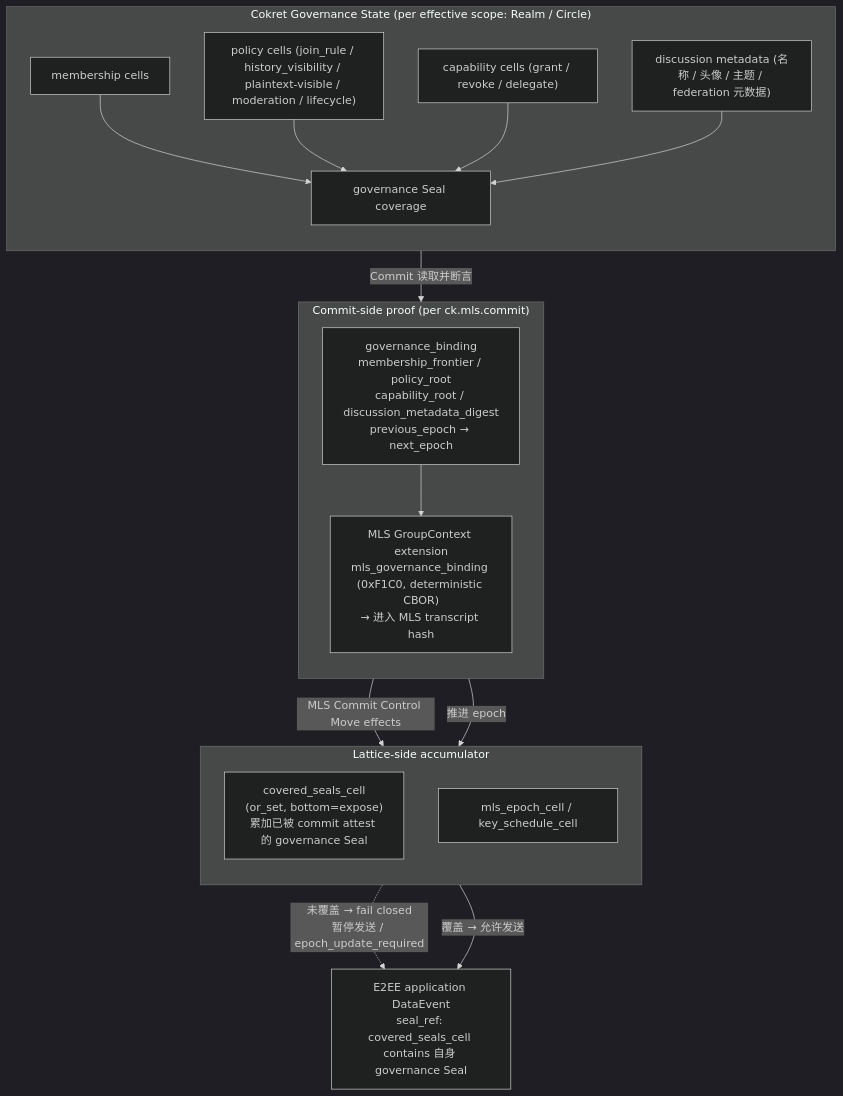
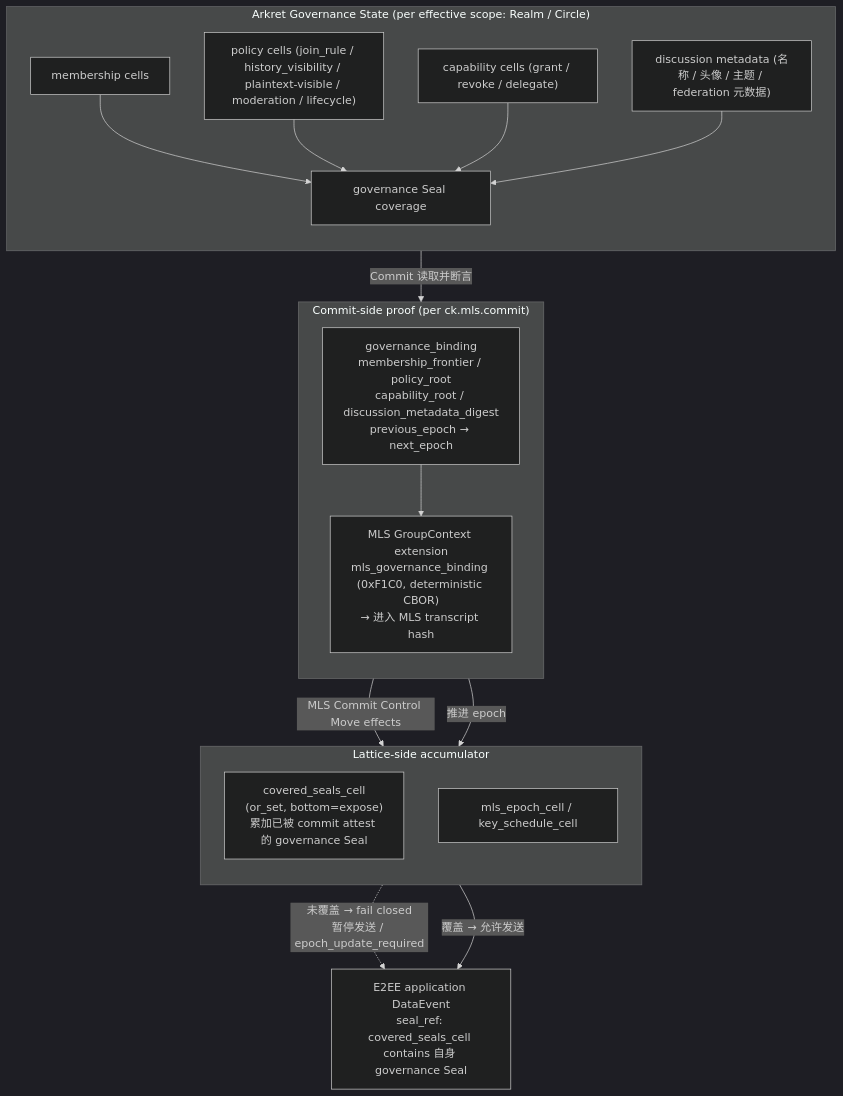
The second of 2 diagrams in spec/v1/zh/crypto-media/encryption-and-audit.md (arkret-org/arkret-spec), drawn with Mermaid (dark theme) before and after one commit. The commit also changed other lines of this file and 302 other files, not shown here.

Commit message:
rename cokret -> arkret

````diff
--- a/spec/v1/zh/crypto-media/encryption-and-audit.md
+++ b/spec/v1/zh/crypto-media/encryption-and-audit.md
@@ -353,36 +353,36 @@
 ```mermaid
 flowchart TB
-    subgraph GS ["Cokret Governance State (per effective scope: Realm / Circle)"]
+    subgraph GS ["Arkret Governance State (per effective scope: Realm / Circle)"]
         direction TB
         Memb["membership cells"]
         Pol["policy cells (join_rule / history_visibility / plaintext-visible / moderation / lifecycle)"]
         Cap["capability cells (grant / revoke / delegate)"]
         Disc["discussion metadata (名称 / 头像 / 主题 / federation 元数据)"]
         Anc["governance Seal coverage"]
         Memb --> Anc
         Pol --> Anc
         Cap --> Anc
         Disc --> Anc
     end
 
     subgraph CS ["Commit-side proof (per ck.mls.commit)"]
         direction TB
         GB["governance_binding<br/>membership_frontier / policy_root<br/>capability_root / discussion_metadata_digest<br/>previous_epoch → next_epoch"]
         Trans["MLS GroupContext extension<br/>mls_governance_binding (0xF1C0, deterministic CBOR)<br/>→ 进入 MLS transcript hash"]
         GB --> Trans
     end
 
     subgraph LS ["Lattice-side accumulator"]
         direction TB
         CFC["covered_seals_cell<br/>(or_set, bottom=expose)<br/>累加已被 commit attest 的 governance Seal"]
         EpC["mls_epoch_cell / key_schedule_cell"]
     end
 
     Anc -- "Commit 读取并断言" --> GB
     GB -- "MLS Commit Control Move effects" --> CFC
     GB -- "推进 epoch" --> EpC
 
     Msg["E2EE application DataEvent<br/>seal_ref: covered_seals_cell contains 自身 governance Seal"]
     CFC -. "未覆盖 → fail closed<br/>暂停发送 / epoch_update_required" .-> Msg
     CFC -- "覆盖 → 允许发送" --> Msg
 ```
````
